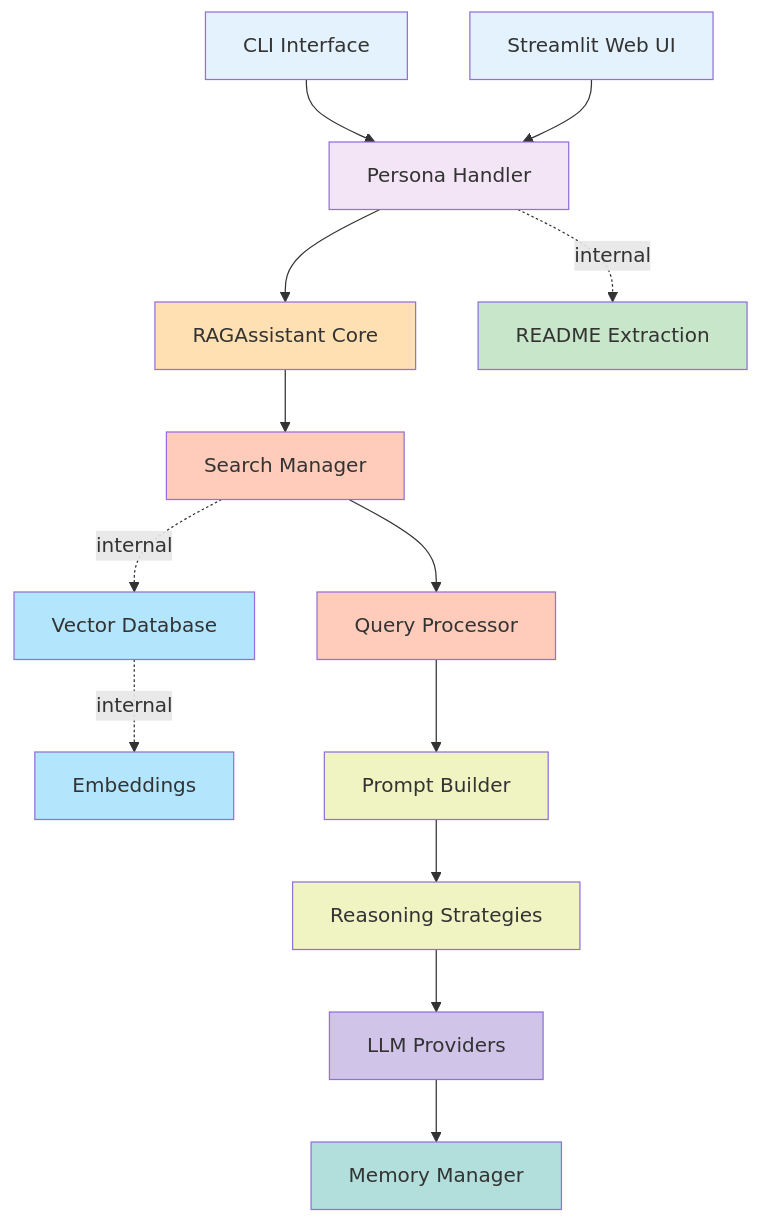
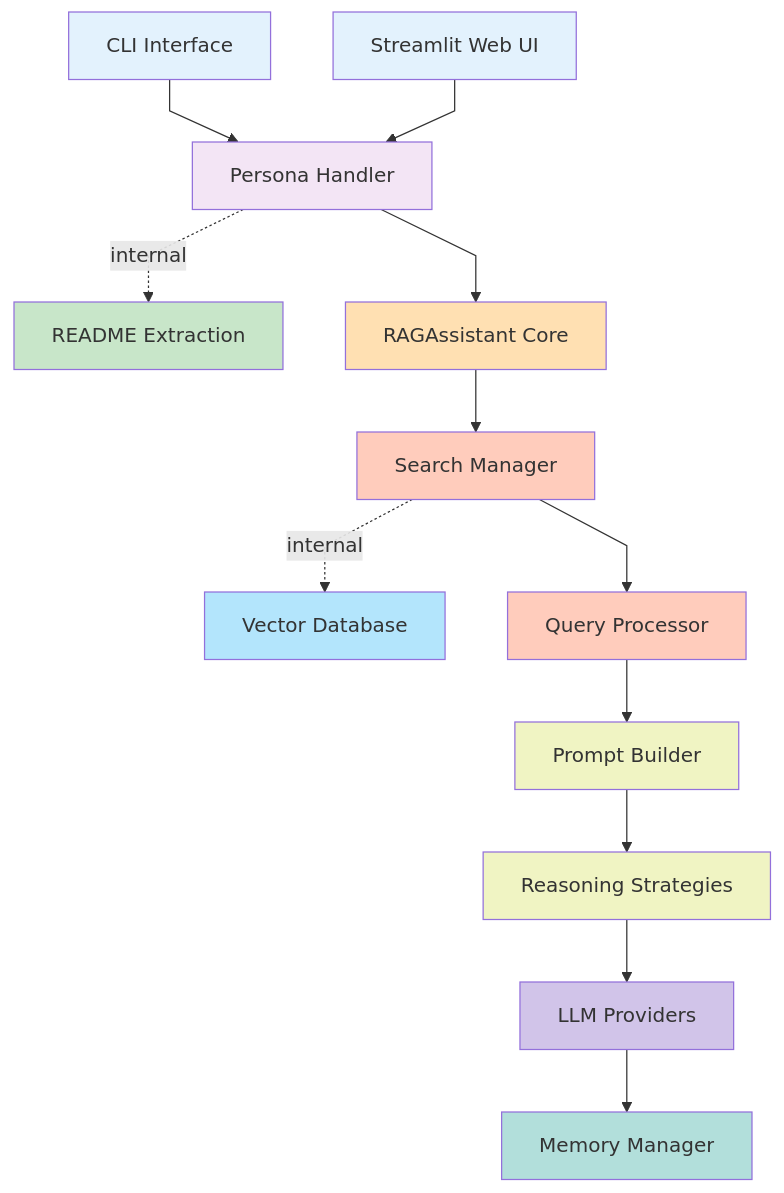
One commit to sonyjtp/rt-aaidc-rag-based-assistant changed the third of 8 diagrams in ARCHITECTURE_DIAGRAM.md. Above: the diagram before and after it, drawn with Mermaid. The commit also changed other lines of this file and 58 other files, not shown here.

````diff
--- a/ARCHITECTURE_DIAGRAM.md
+++ b/ARCHITECTURE_DIAGRAM.md
@@ -68,44 +81,49 @@
 ```mermaid
-%%{init: {'flowchart': {'curve': 'orthogonal', 'padding': '20'}}%%
+%%{init: {'flowchart': {'curve': 'linear'}}}%%
 graph TD
     CLI["CLI Interface"]
     WEB["Streamlit Web UI"]
+
     PH["Persona Handler"]
+    RC["README Extraction"]
     RAG["RAGAssistant Core"]
-    RC["README Extraction"]
+
     SM["Search Manager"]
     VDB["Vector Database"]
-    EMB["Embeddings"]
     QP["Query Processor"]
+
     PB["Prompt Builder"]
     RS["Reasoning Strategies"]
+
     LLM["LLM Providers"]
     MEM["Memory Manager"]
 
     CLI --> PH
     WEB --> PH
+
     PH --> RAG
     PH -.->|internal| RC
+
     RAG --> SM
     SM -.->|internal| VDB
-    VDB -.->|internal| EMB
     SM --> QP
+
     QP --> PB
     PB --> RS
+
     RS --> LLM
     LLM --> MEM
 
     style CLI fill:#e3f2fd
     style WEB fill:#e3f2fd
     style PH fill:#f3e5f5
     style RC fill:#c8e6c9
     style RAG fill:#ffe0b2
     style SM fill:#ffccbc
     style QP fill:#ffccbc
     style VDB fill:#b3e5fc
-    style EMB fill:#b3e5fc
     style PB fill:#f0f4c3
     style RS fill:#f0f4c3
     style LLM fill:#d1c4e9
     style MEM fill:#b2dfdb
 ```
````
